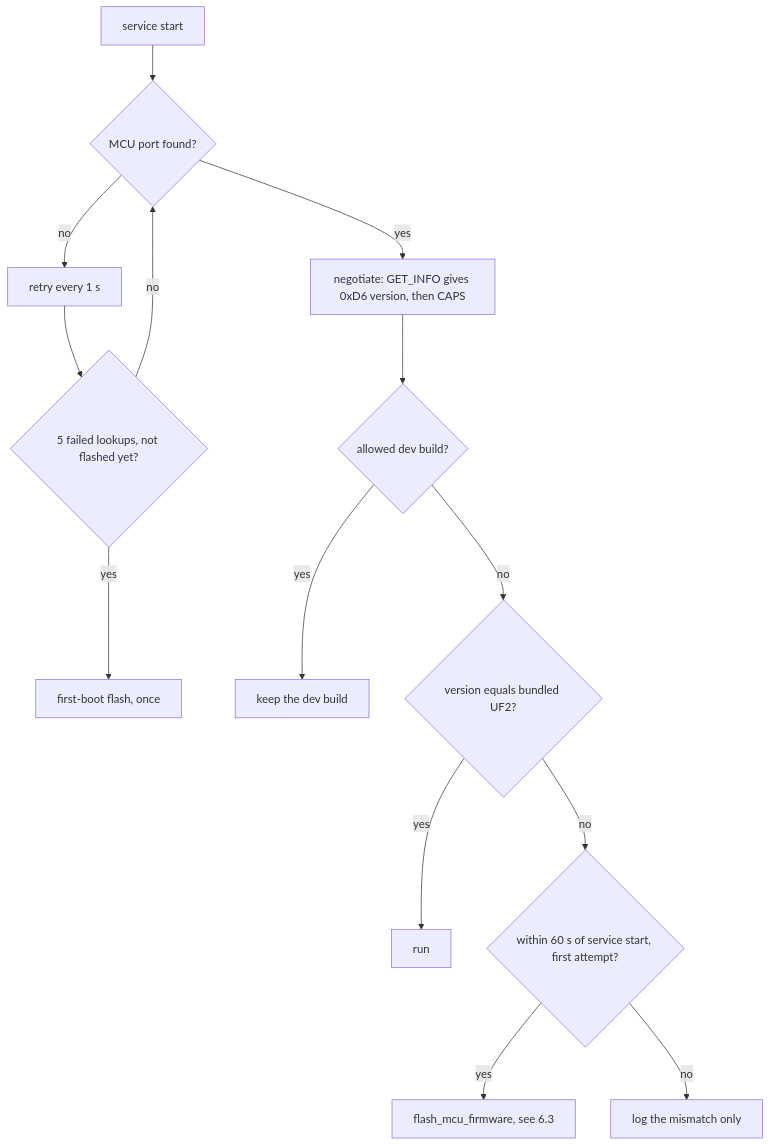
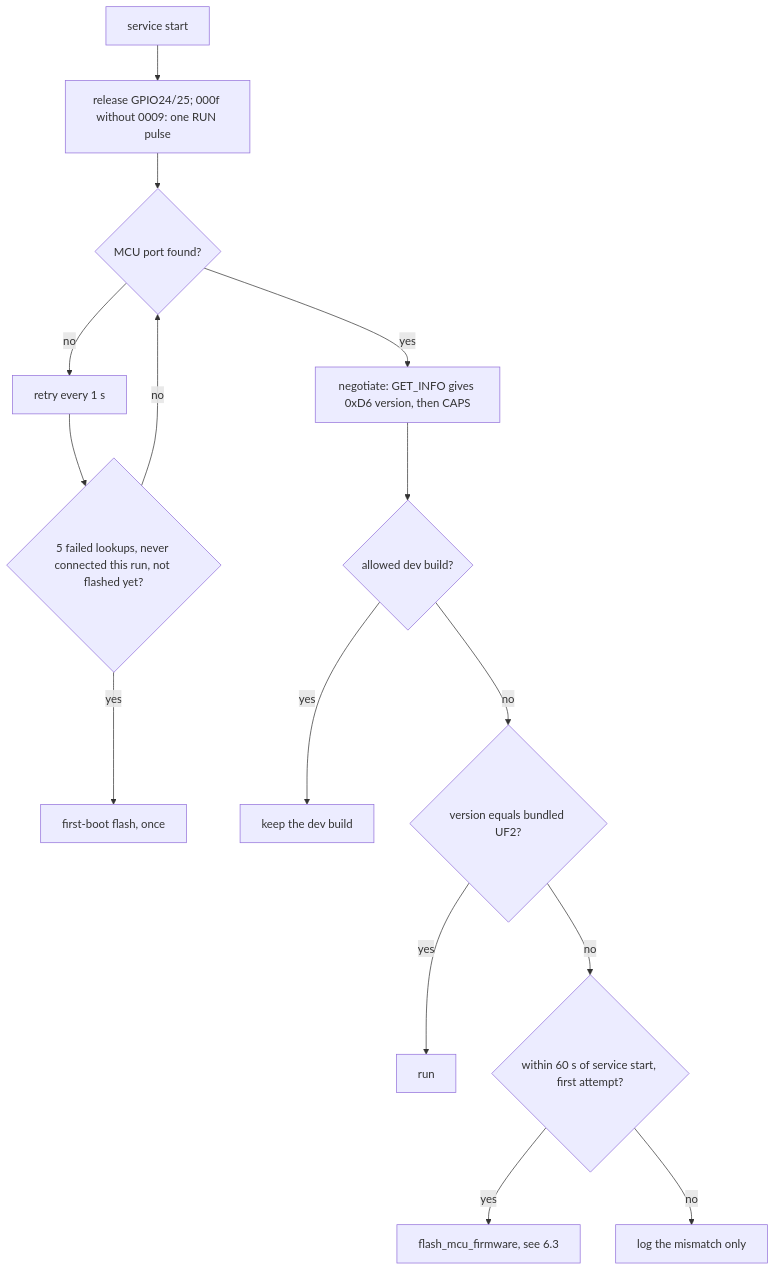
Before and after one commit to Tropaion/Manafish_Mainboard: the second of 8 diagrams in docs/wiki/06-Runtime-View.md, drawn with Mermaid. The commit also changed other lines of this file and 75 other files, not shown here.

First line of the commit message:
Port the CM5 service to the mainboard's ESC switch, charger and sensors

````diff
--- a/docs/wiki/06-Runtime-View.md
+++ b/docs/wiki/06-Runtime-View.md
@@ -44,16 +44,17 @@
 ```mermaid
 flowchart TD
-  s["service start"] --> f{"MCU port found?"}
+  s["service start"] --> b["release GPIO24/25; 000f without 0009: one RUN pulse"]
+  b --> f{"MCU port found?"}
   f -->|no| r["retry every 1 s"]
-  r --> c{"5 failed lookups, not flashed yet?"}
+  r --> c{"5 failed lookups, never connected this run, not flashed yet?"}
   c -->|yes| fb["first-boot flash, once"]
   c -->|no| f
   f -->|yes| n["negotiate: GET_INFO gives 0xD6 version, then CAPS"]
   n --> d{"allowed dev build?"}
   d -->|yes| k["keep the dev build"]
   d -->|no| e{"version equals bundled UF2?"}
   e -->|yes| ok["run"]
   e -->|no| w{"within 60 s of service start, first attempt?"}
   w -->|yes| fl["flash_mcu_firmware, see 6.3"]
   w -->|no| lg["log the mismatch only"]
 ```
````
